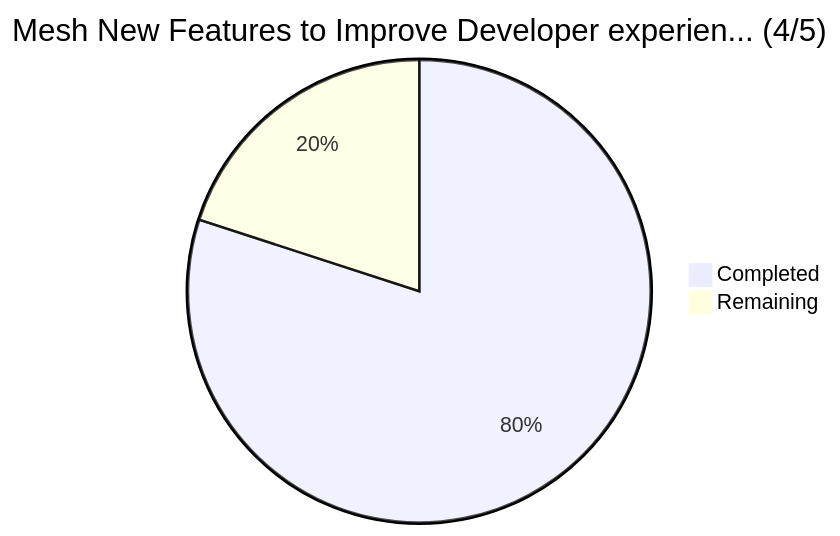
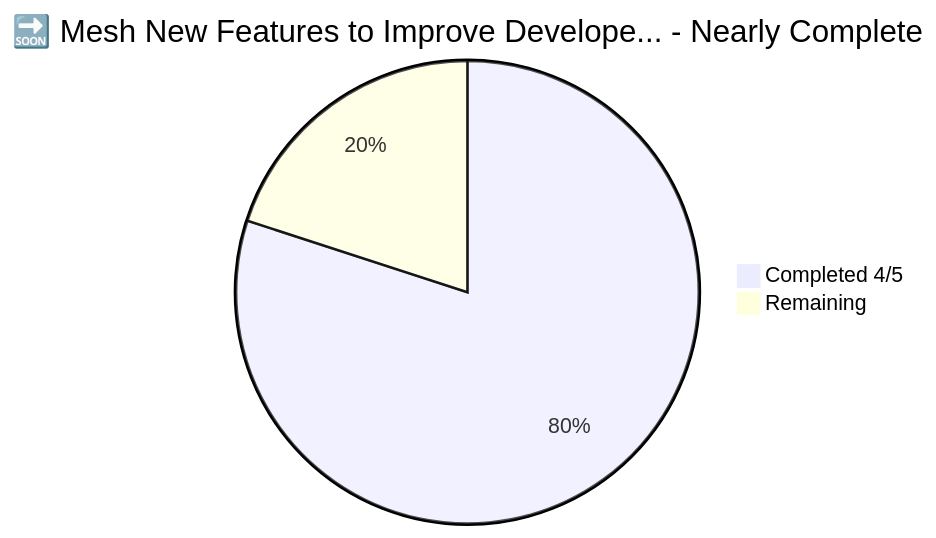
One commit to Andre-Diamond/test changed the fifth of 10 diagrams in README.md. Above: the diagram before and after it, drawn with Mermaid. The commit also changed other lines of this file, not shown here.

Commit message:
Update MeshJS Catalyst Projects README

````diff
--- a/README.md
+++ b/README.md
@@ -147,5 +181,7 @@
 ```mermaid
-pie title Mesh New Features to Improve Developer experien... (4/5)
-    "Completed" : 4
+%%{init: {'theme':'default'}}%%
+pie
+    title 🔜 Mesh New Features to Improve Develope... - Nearly Complete
+    "Completed 4/5" : 4
     "Remaining" : 1
 ```
````
